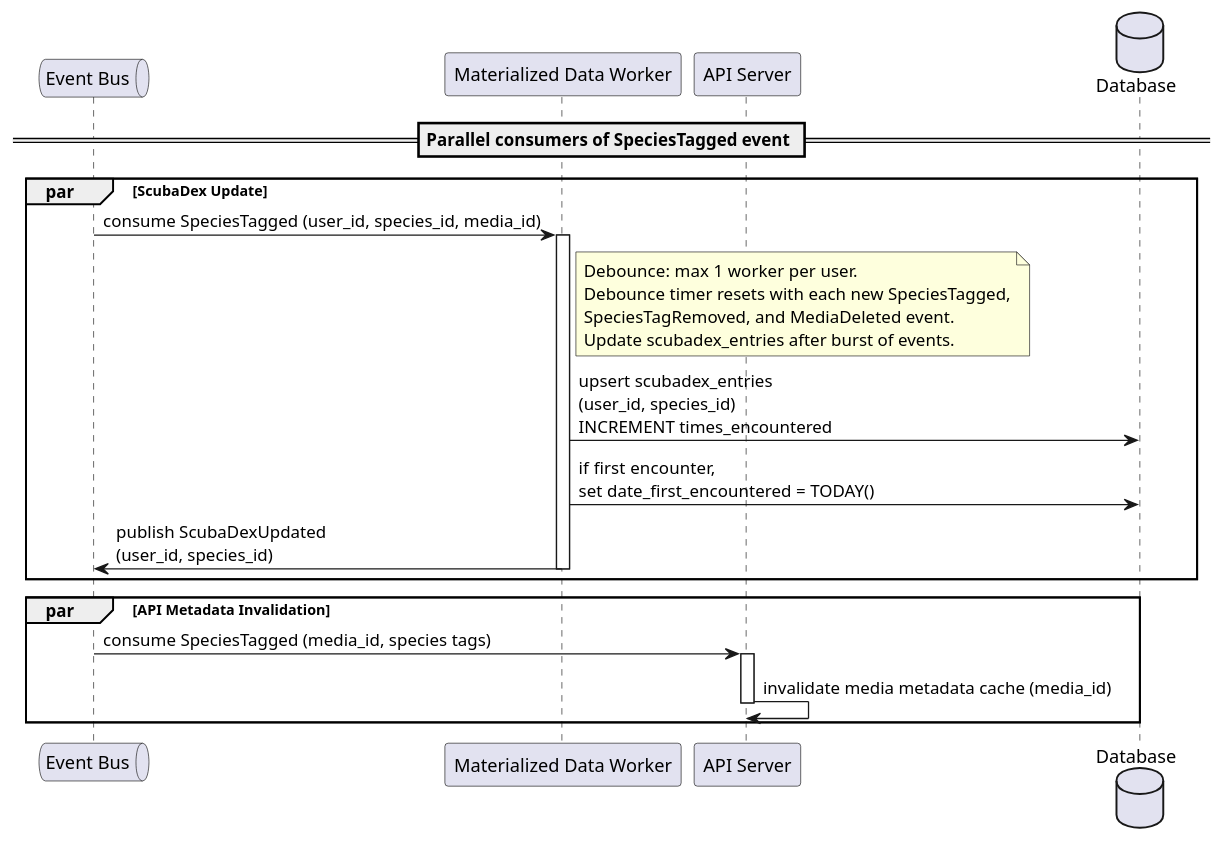
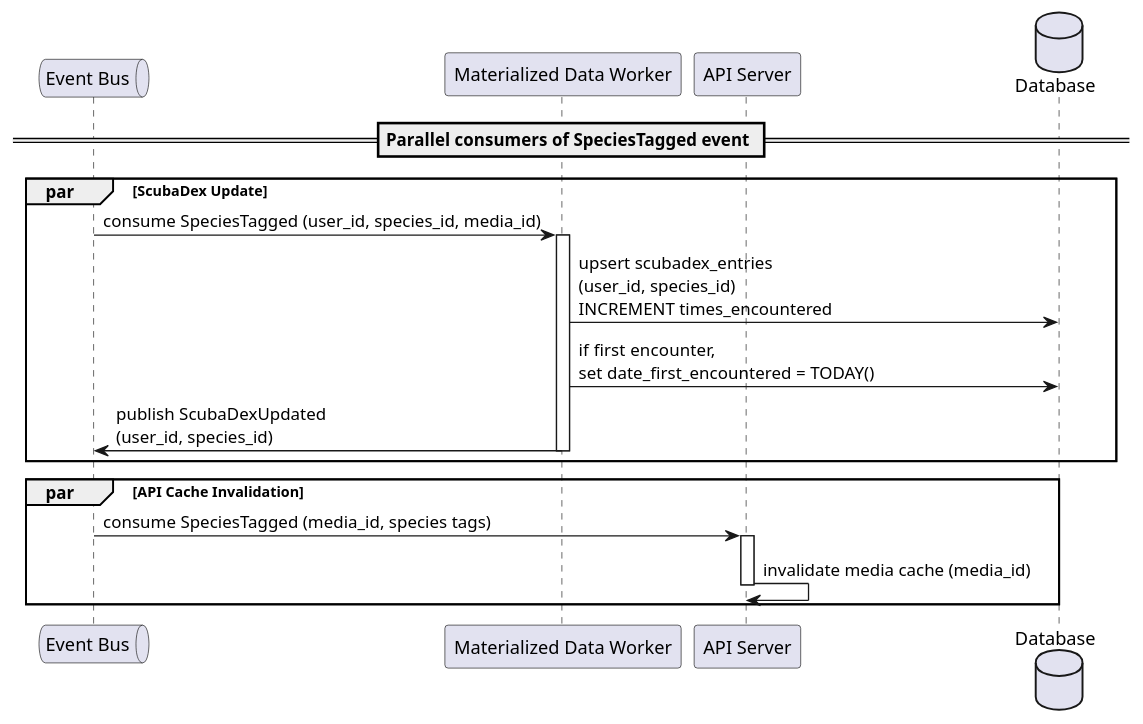
The diagram in designs/sequences/media/media_update/species_tagged_event_consumers_sequence.puml (MikeF0007/reef-connect), drawn with PlantUML before and after one commit. The commit also changed 19 other files, not shown here.

```diff
--- a/designs/sequences/media/media_update/species_tagged_event_consumers_sequence.puml
+++ b/designs/sequences/media/media_update/species_tagged_event_consumers_sequence.puml
@@ -1,29 +1,23 @@
 @startuml SpeciesTagged Event Consumers Sequence
 queue "Event Bus" as Events
 participant "Materialized Data Worker" as MaterializedDataWorker
 participant "API Server" as API
 database "Database" as DB
 
 == Parallel consumers of SpeciesTagged event ==
 par ScubaDex Update
     Events -> MaterializedDataWorker: consume SpeciesTagged (user_id, species_id, media_id)
     activate MaterializedDataWorker
-    note right of MaterializedDataWorker
-        Debounce: max 1 worker per user.
-        Debounce timer resets with each new SpeciesTagged,
-        SpeciesTagRemoved, and MediaDeleted event.
-        Update scubadex_entries after burst of events.
-    end note
     MaterializedDataWorker -> DB: upsert scubadex_entries\n(user_id, species_id)\nINCREMENT times_encountered
     MaterializedDataWorker -> DB: if first encounter,\nset date_first_encountered = TODAY()
     MaterializedDataWorker -> Events: publish ScubaDexUpdated\n(user_id, species_id)
     deactivate MaterializedDataWorker
 end par
 
-par API Metadata Invalidation
+par API Cache Invalidation
     Events -> API: consume SpeciesTagged (media_id, species tags)
     activate API
-    API -> API: invalidate media metadata cache (media_id)
+    API -> API: invalidate media cache (media_id)
     deactivate API
 end par
 @enduml
```
